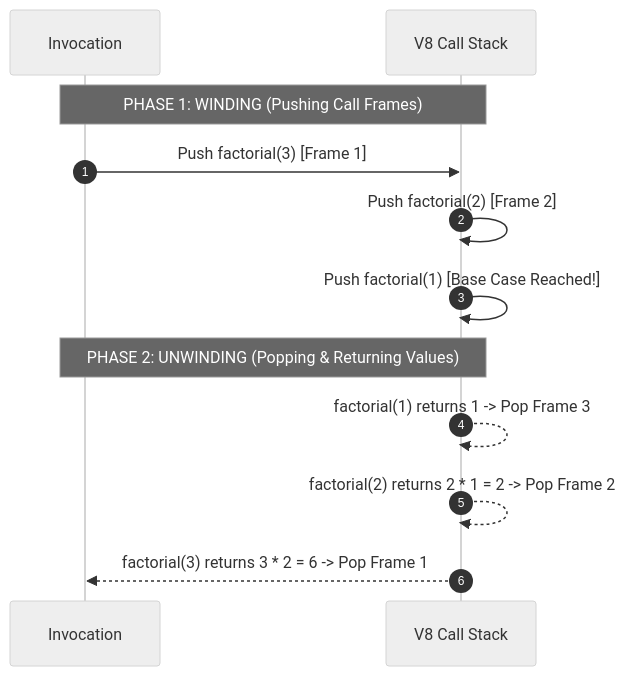
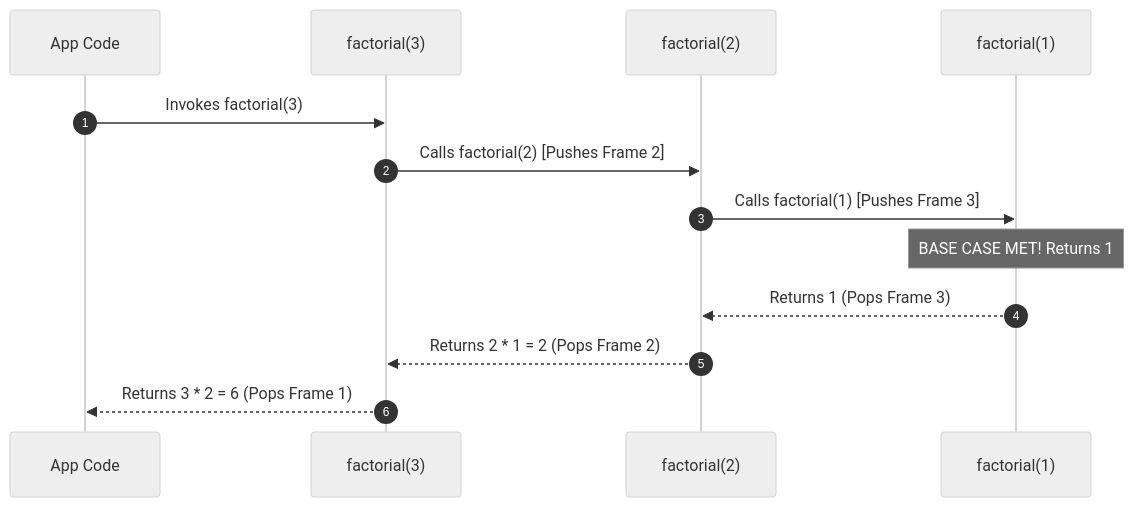
The diagram in js-dsa/08-recursion.md (Amie-dev/engineering-playbook), drawn with Mermaid (neutral theme) before and after one commit. The commit also changed other lines of this file and 24 other files, not shown here.

````diff
--- a/js-dsa/08-recursion.md
+++ b/js-dsa/08-recursion.md
@@ -15,16 +10,16 @@
 ```mermaid
 sequenceDiagram
     autonumber
-    participant App as Invocation
-    participant Stack as V8 Call Stack
-    
-    Note over App,Stack: PHASE 1: WINDING (Pushing Call Frames)
-    App->>Stack: Push factorial(3) [Frame 1]
-    Stack->>Stack: Push factorial(2) [Frame 2]
-    Stack->>Stack: Push factorial(1) [Base Case Reached!]
-    
-    Note over App,Stack: PHASE 2: UNWINDING (Popping & Returning Values)
-    Stack-->>Stack: factorial(1) returns 1 -> Pop Frame 3
-    Stack-->>Stack: factorial(2) returns 2 * 1 = 2 -> Pop Frame 2
-    Stack-->>App: factorial(3) returns 3 * 2 = 6 -> Pop Frame 1
+    participant App as App Code
+    participant Fact3 as factorial(3)
+    participant Fact2 as factorial(2)
+    participant Fact1 as factorial(1)
+
+    App->>Fact3: Invokes factorial(3)
+    Fact3->>Fact2: Calls factorial(2) [Pushes Frame 2]
+    Fact2->>Fact1: Calls factorial(1) [Pushes Frame 3]
+    Note over Fact1: BASE CASE MET! Returns 1
+    Fact1-->>Fact2: Returns 1 (Pops Frame 3)
+    Fact2-->>Fact3: Returns 2 * 1 = 2 (Pops Frame 2)
+    Fact3-->>App: Returns 3 * 2 = 6 (Pops Frame 1)
 ```
````
